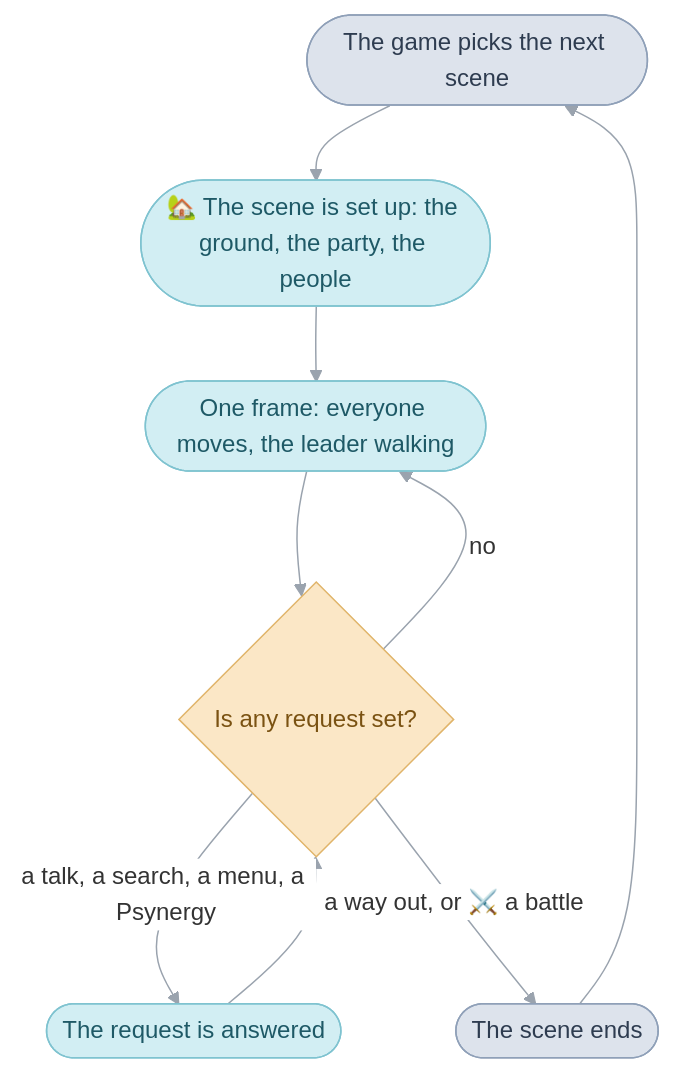
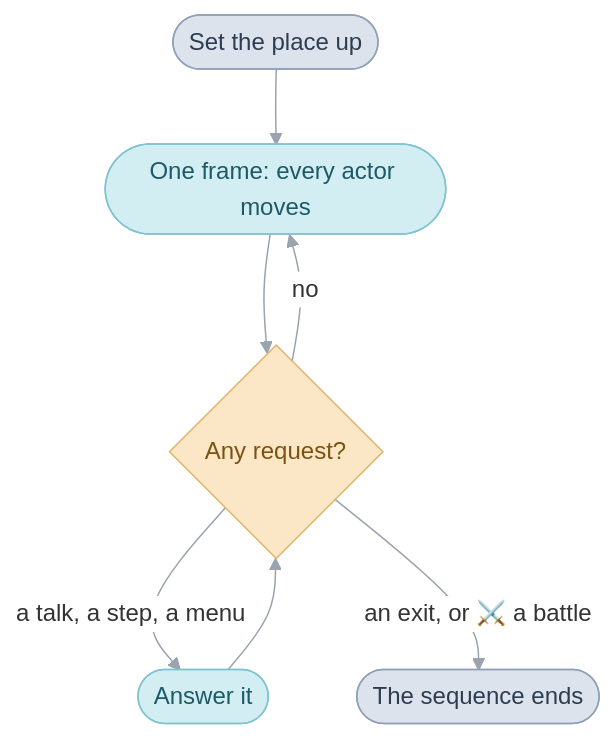
Before and after one commit to PascalPixel/alchemy: the diagram in games/tbs/field.md, drawn with Mermaid. The commit also changed other lines of this file and 4 other files, not shown here.

````diff
--- a/games/tbs/field.md
+++ b/games/tbs/field.md
@@ -85,18 +17,16 @@
 ```mermaid
 %%{init: {"theme": "base", "themeVariables": {"lineColor": "#9AA3AE", "edgeLabelBackground": "#FFFFFF"}, "flowchart": {"curve": "basis", "padding": 12}}}%%
 flowchart TD
-  main(["The game picks the next scene"]) --> setup(["🏡 The scene is set up: the ground, the party, the people"])
-  setup --> walk(["One frame: everyone moves, the leader walking"])
-  walk --> requests{"Is any request set?"}
-  requests -- no --> walk
-  requests -- "a talk, a search, a menu, a Psynergy" --> answer(["The request is answered"])
+  setup(["Set the place up"]) --> walk(["One frame: every actor moves"])
+  walk --> requests{"Any request?"}
+  requests -- "no" --> walk
+  requests -- "a talk, a step, a menu" --> answer(["Answer it"])
   answer --> requests
-  requests -- "a way out, or ⚔️ a battle" --> leave(["The scene ends"])
-  leave --> main
+  requests -- "an exit, or ⚔️ a battle" --> leave(["The sequence ends"])
   classDef mainRoutine fill:#DDE3EC,stroke:#8FA0B8,color:#2E3C50
   classDef sequence fill:#D2EEF3,stroke:#7FC3D0,color:#1E5966
   classDef request fill:#FBE7C6,stroke:#E0B46A,color:#7A5212
-  class main,leave mainRoutine
-  class setup,walk,answer sequence
+  class setup,leave mainRoutine
+  class walk,answer sequence
   class requests request
 ```
````
